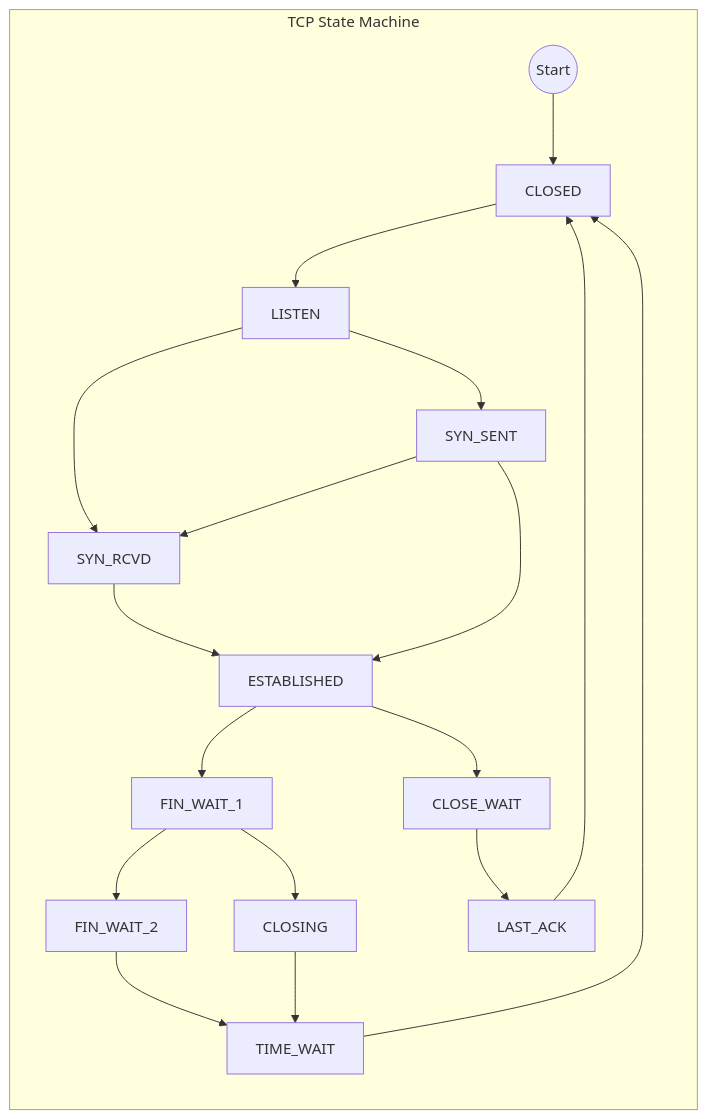
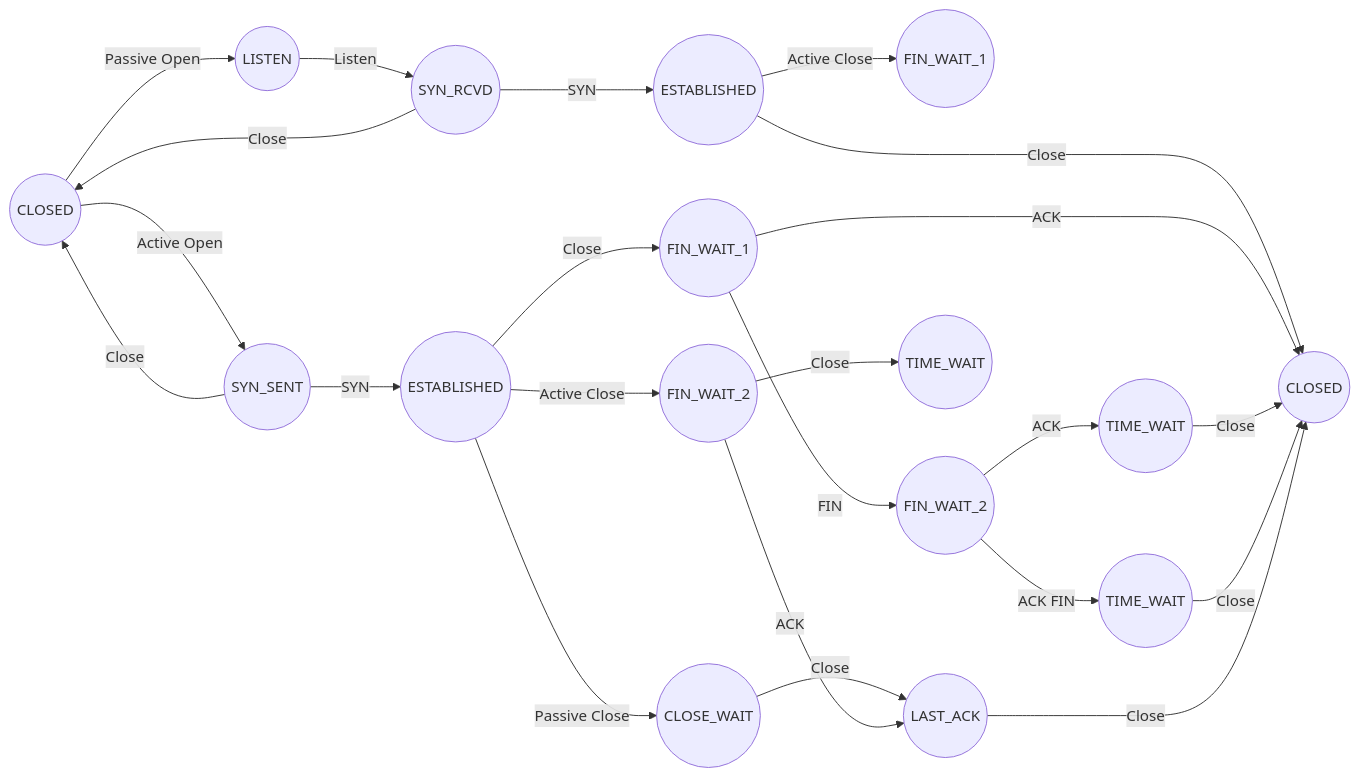
Before and after one commit to emmahone/TCP-State-machine: the first of 2 diagrams in README.md, drawn with Mermaid. The commit also changed other lines of this file, not shown here.

Commit message:
Change flowchart

````diff
--- a/README.md
+++ b/README.md
@@ -49,21 +48,25 @@
 ```mermaid
 graph LR
-    subgraph TCP State Machine
-    start((Start)) --> CLOSED
-    CLOSED --> LISTEN
-    LISTEN --> SYN_RCVD
-    LISTEN --> SYN_SENT
-    SYN_RCVD --> ESTABLISHED
-    SYN_SENT --> SYN_RCVD
-    SYN_SENT --> ESTABLISHED
-    ESTABLISHED --> FIN_WAIT_1
-    ESTABLISHED --> CLOSE_WAIT
-    FIN_WAIT_1 --> FIN_WAIT_2
-    FIN_WAIT_1 --> CLOSING
-    FIN_WAIT_2 --> TIME_WAIT
-    CLOSING --> TIME_WAIT
-    CLOSE_WAIT --> LAST_ACK
-    LAST_ACK --> CLOSED
-    TIME_WAIT --> CLOSED
-    end
+  A((CLOSED)) -- Passive Open --> B((LISTEN))
+  A -- Active Open --> C((SYN_SENT))
+  B -- Listen --> D((SYN_RCVD))
+  C -- SYN --> E((ESTABLISHED))
+  C -- Close --> A
+  D -- SYN --> F((ESTABLISHED))
+  D -- Close --> A
+  E -- Close --> G((FIN_WAIT_1))
+  E -- Passive Close --> H((CLOSE_WAIT))
+  E -- Active Close --> I((FIN_WAIT_2))
+  F -- Close --> J((CLOSED))
+  F -- Active Close --> K((FIN_WAIT_1))
+  G -- ACK --> J
+  G -- FIN --> L((FIN_WAIT_2))
+  H -- Close --> M((LAST_ACK))
+  I -- ACK --> M
+  I -- Close --> N((TIME_WAIT))
+  L -- ACK --> O((TIME_WAIT))
+  L -- ACK FIN --> P((TIME_WAIT))
+  O -- Close --> J
+  P -- Close --> J
+  M -- Close --> J
 ```
````
